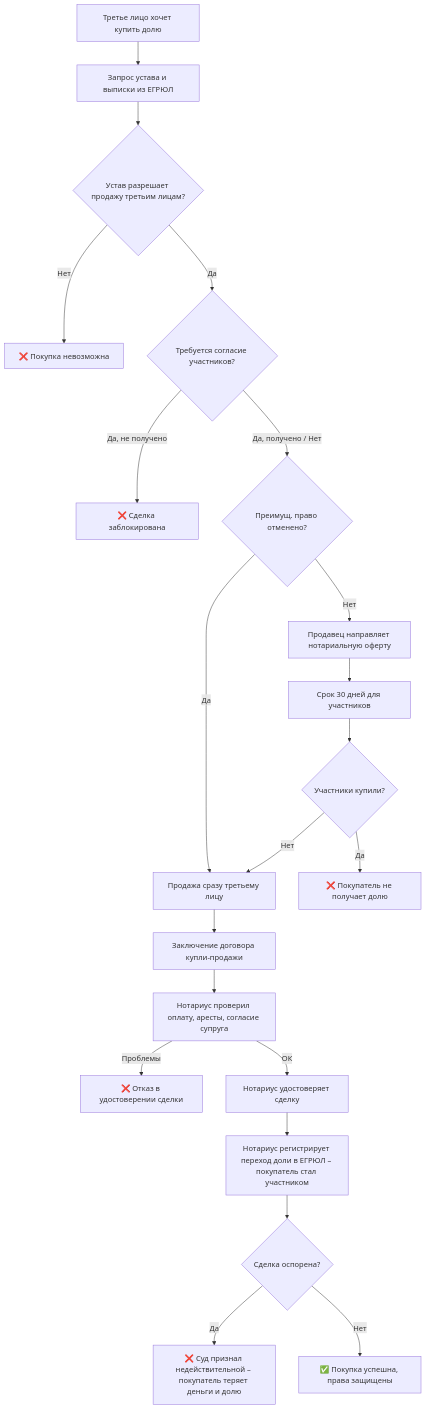
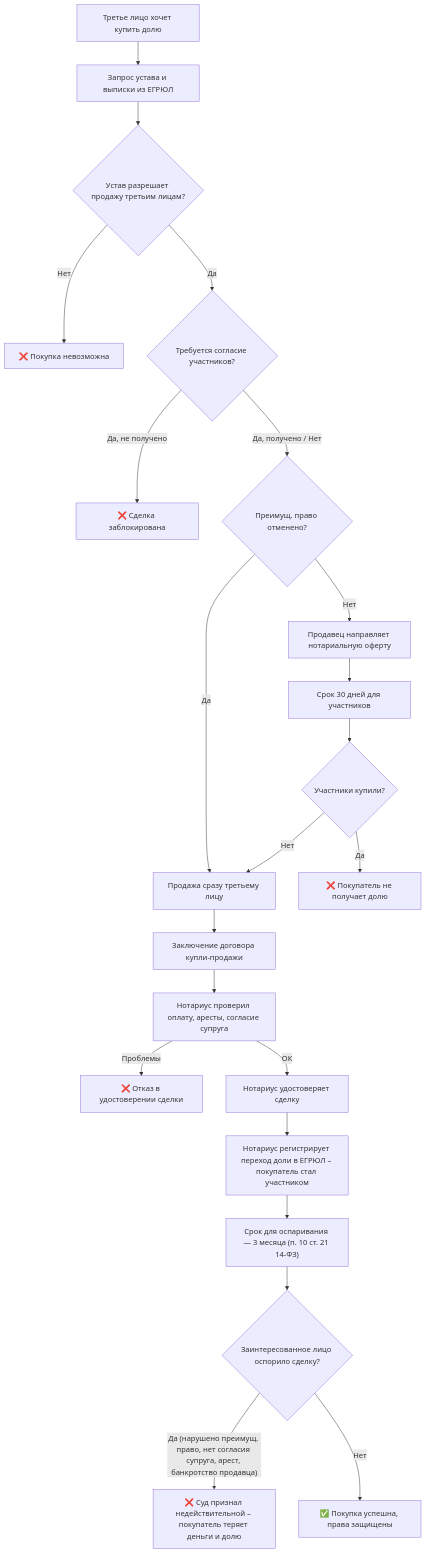
One commit to arsenyuk/SamorodinkaTech.Fiducia changed the fourth of 4 diagrams in docs/business-processes/llc-share-purchase-sale.md. Above: the diagram before and after it, drawn with Mermaid. The commit also changed other lines of this file, not shown here.

Commit message:
docs(llc): добавить узел 3-месячного срока и заинтересованного лица в ветку оспаривания сделки

````diff
--- a/docs/business-processes/llc-share-purchase-sale.md
+++ b/docs/business-processes/llc-share-purchase-sale.md
@@ -261,23 +262,24 @@
 ```mermaid
 flowchart TD
     A["Третье лицо хочет купить долю"] --> B["Запрос устава и выписки из ЕГРЮЛ"]
     B --> C{Устав разрешает продажу третьим лицам?}
     C -->|Нет| D["❌ Покупка невозможна"]
     C -->|Да| E{Требуется согласие участников?}
     E -->|"Да, не получено"| F["❌ Сделка заблокирована"]
     E -->|"Да, получено / Нет"| G{Преимущ. право отменено?}
     G -->|Да| H["Продажа сразу третьему лицу"]
     G -->|Нет| I["Продавец направляет нотариальную оферту"]
     I --> J["Срок 30 дней для участников"]
     J --> K{Участники купили?}
     K -->|Да| L["❌ Покупатель не получает долю"]
     K -->|Нет| H
     H --> M["Заключение договора купли-продажи"]
     M --> P["Нотариус проверил оплату, аресты, согласие супруга"]
     P -->|Проблемы| Q["❌ Отказ в удостоверении сделки"]
     P -->|ОК| R["Нотариус удостоверяет сделку"]
     R --> S["Нотариус регистрирует переход доли в ЕГРЮЛ – покупатель стал участником"]
-    S --> T{Сделка оспорена?}
-    T -->|Да| U["❌ Суд признал недействительной – покупатель теряет деньги и долю"]
-    T -->|Нет| V["✅ Покупка успешна, права защищены"]
+    S --> T["Срок для оспаривания — 3 месяца (п. 10 ст. 21 14-ФЗ)"]
+    T --> U{Заинтересованное лицо оспорило сделку?}
+    U -->|"Да (нарушено преимущ. право, нет согласия супруга, арест, банкротство продавца)"| V["❌ Суд признал недействительной – покупатель теряет деньги и долю"]
+    U -->|Нет| W["✅ Покупка успешна, права защищены"]
 ```
````
